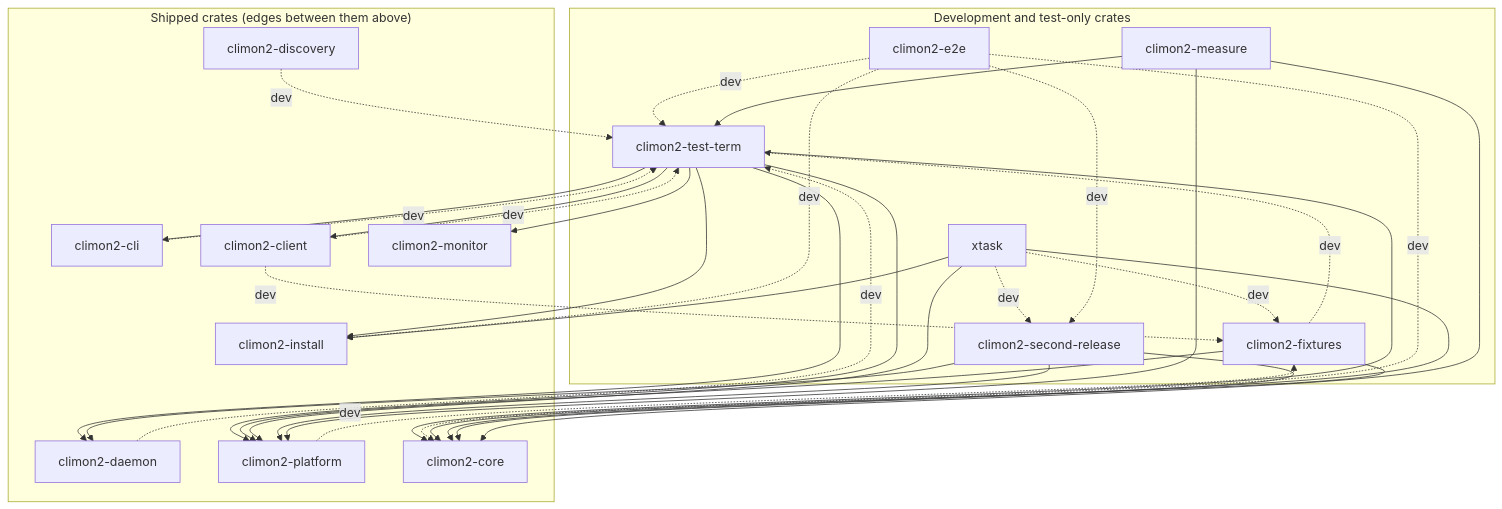
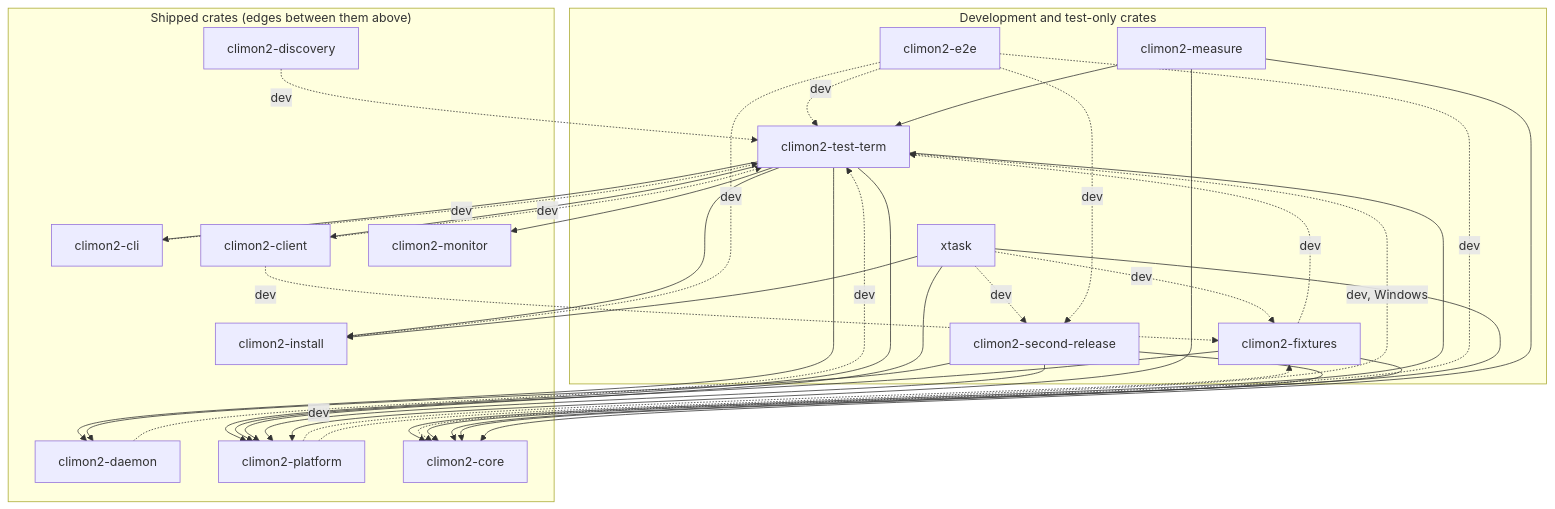
Before and after one commit to jackgeek/climon2: the second of 2 diagrams in docs/crate-relationships.md, drawn with Mermaid. The commit also changed other lines of this file and 7 other files, not shown here.

````diff
--- a/docs/crate-relationships.md
+++ b/docs/crate-relationships.md
@@ -63,54 +63,55 @@
 ```mermaid
 flowchart TB
     subgraph development["Development and test-only crates"]
         test_term["climon2-test-term"]
         e2e["climon2-e2e"]
         fixtures["climon2-fixtures"]
         xtask["xtask"]
         second["climon2-second-release"]
         measure["climon2-measure"]
     end
 
     subgraph shipped["Shipped crates (edges between them above)"]
         cli["climon2-cli"]
         discovery["climon2-discovery"]
         client["climon2-client"]
         daemon["climon2-daemon"]
         install["climon2-install"]
         monitor["climon2-monitor"]
         platform["climon2-platform"]
         core["climon2-core"]
     end
 
     cli -.->|"dev"| test_term
     discovery -.->|"dev"| test_term
     client -.->|"dev"| test_term
     daemon -.->|"dev"| test_term
     test_term --> cli
     test_term --> client
     test_term --> core
     test_term --> daemon
     test_term --> install
     test_term --> monitor
     test_term --> platform
     e2e -.->|"dev"| core
     e2e -.->|"dev"| install
     e2e -.->|"dev"| test_term
     fixtures --> core
     fixtures --> platform
     fixtures -.->|"dev"| test_term
     platform -.->|"dev"| fixtures
+    platform -.->|"dev, Windows"| test_term
     client -.->|"dev"| fixtures
     xtask --> core
     xtask --> install
     xtask --> platform
     xtask -.->|"dev"| fixtures
     xtask -.->|"dev"| second
     e2e -.->|"dev"| second
     second --> core
     second --> daemon
     second --> platform
     measure --> core
     measure --> platform
     measure --> test_term
 ```
````
